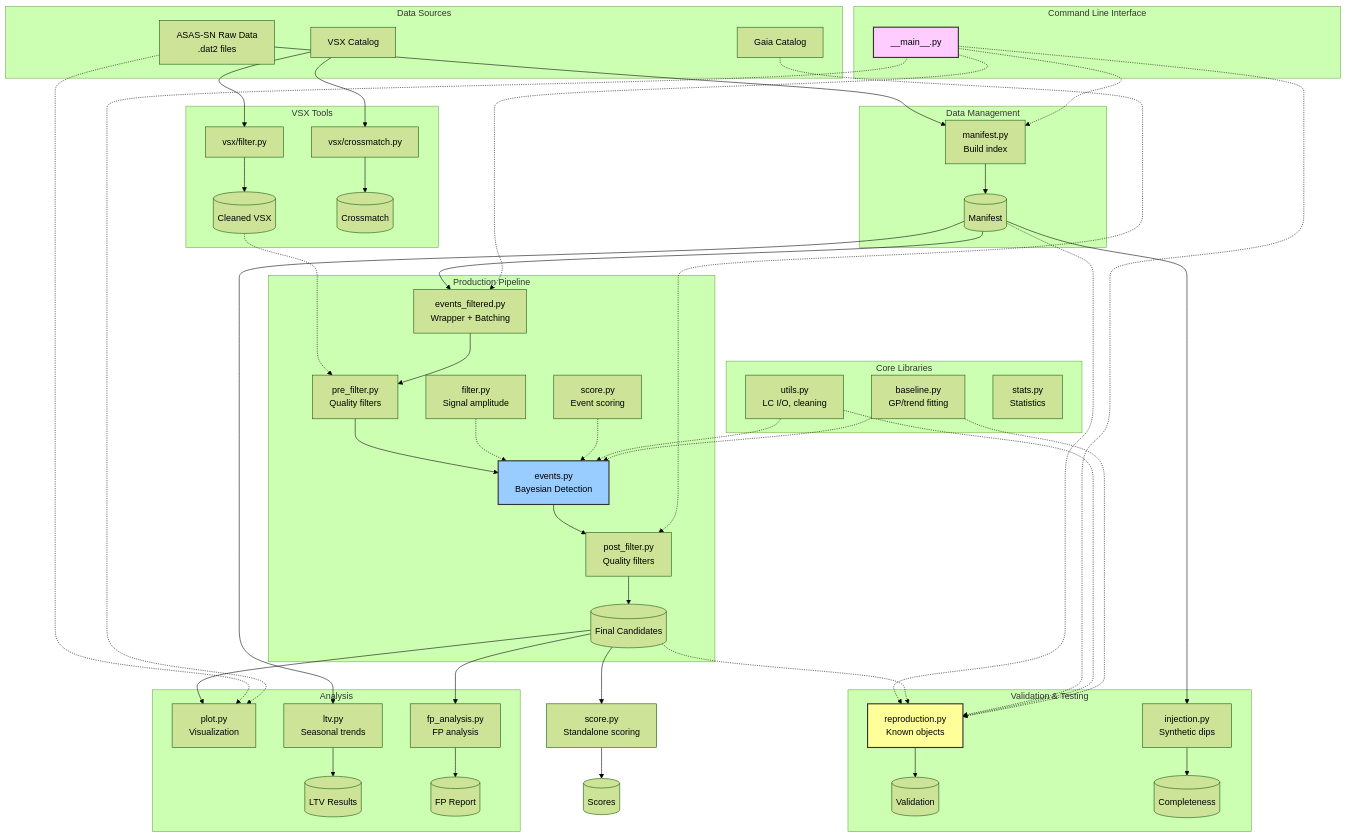
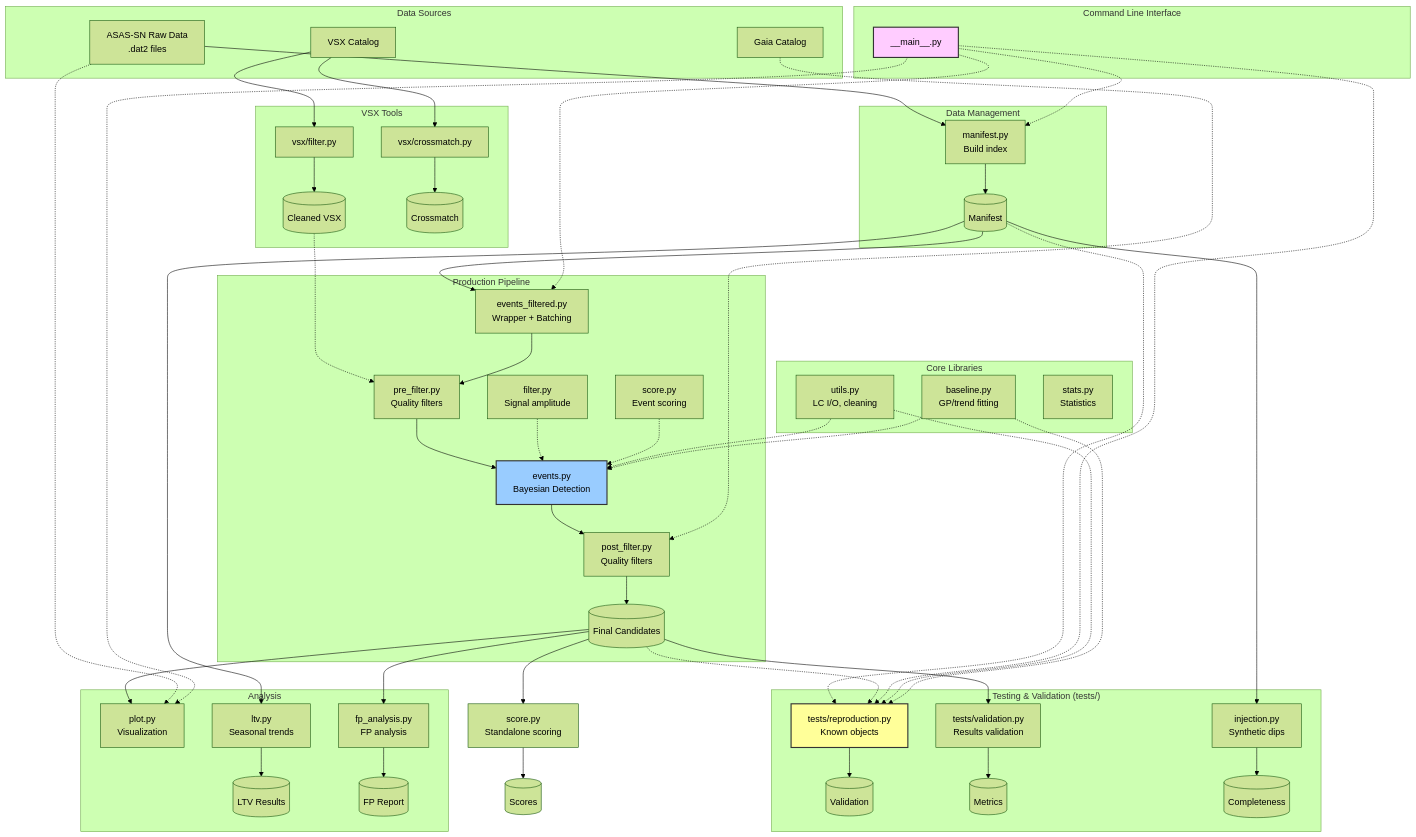
Before and after one commit to calderlen/malca: the diagram in README.md, drawn with Mermaid (forest theme). The commit also changed other lines of this file, not shown here.

Commit message:
added tests dir and moved reproduction and validation to it; added validation which just checks from a results csv and does not recompute like reproduction does

```diff
--- a/README.md
+++ b/README.md
@@ -116,13 +116,17 @@
         POSTFILT --> CAND[(Final Candidates)]
     end
 
-    subgraph "Validation & Testing"
-        REPRO[reproduction.py<br/>Known objects]
+    subgraph "Testing & Validation (tests/)"
+        REPRO[tests/reproduction.py<br/>Known objects]
+        VALID[tests/validation.py<br/>Results validation]
         INJ[injection.py<br/>Synthetic dips]
 
         MAN_OUT -.-> REPRO
         CAND -.-> REPRO
         REPRO --> REPRO_OUT[(Validation)]
+        
+        CAND --> VALID
+        VALID --> VALID_OUT[(Metrics)]
 
         MAN_OUT --> INJ
         INJ --> INJ_OUT[(Completeness)]
```
